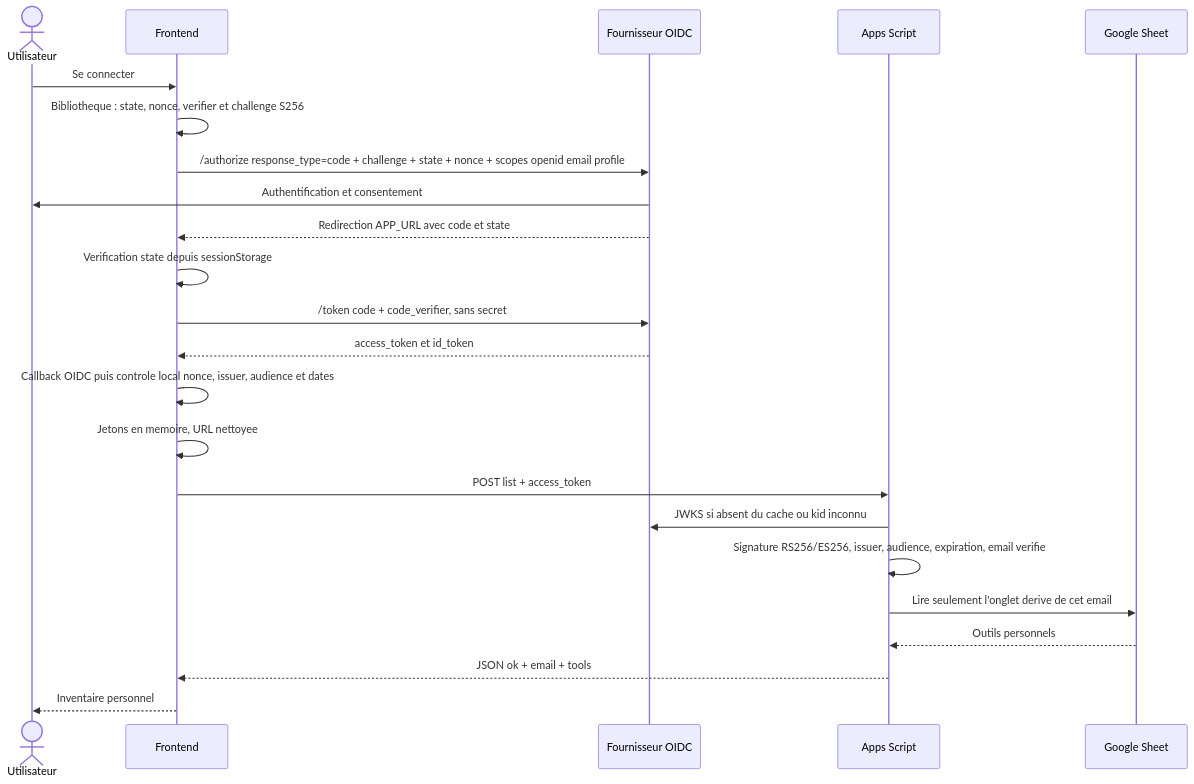
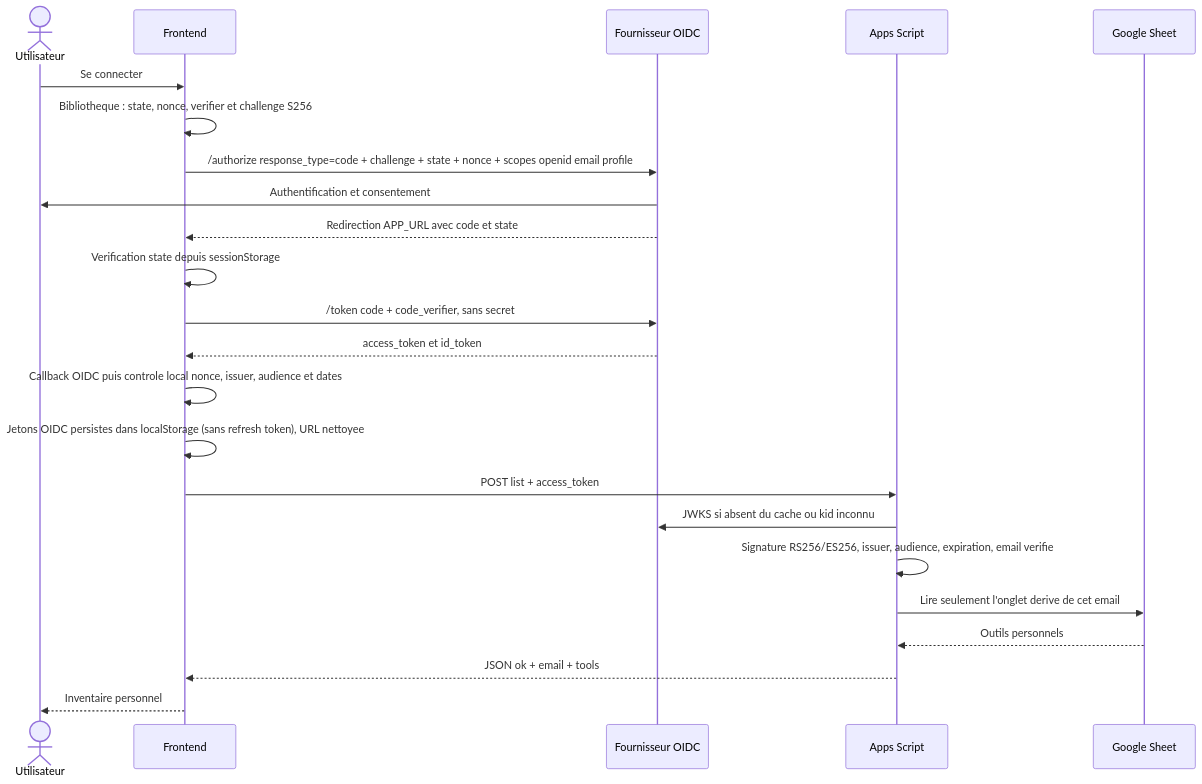
The second of 4 diagrams in docs/fonctionnel.md (quentin1500/toolbox_share), drawn with Mermaid before and after one commit. The commit also changed other lines of this file and 10 other files, not shown here.

````diff
--- a/docs/fonctionnel.md
+++ b/docs/fonctionnel.md
@@ -67,25 +77,25 @@
 ```mermaid
 sequenceDiagram
   actor U as Utilisateur
   participant F as Frontend
   participant I as Fournisseur OIDC
   participant A as Apps Script
   participant G as Google Sheet
   U->>F: Se connecter
   F->>F: Bibliotheque : state, nonce, verifier et challenge S256
   F->>I: /authorize response_type=code + challenge + state + nonce + scopes openid email profile
   I->>U: Authentification et consentement
   I-->>F: Redirection APP_URL avec code et state
   F->>F: Verification state depuis sessionStorage
   F->>I: /token code + code_verifier, sans secret
   I-->>F: access_token et id_token
   F->>F: Callback OIDC puis controle local nonce, issuer, audience et dates
-  F->>F: Jetons en memoire, URL nettoyee
+  F->>F: Jetons OIDC persistes dans localStorage (sans refresh token), URL nettoyee
   F->>A: POST list + access_token
   A->>I: JWKS si absent du cache ou kid inconnu
   A->>A: Signature RS256/ES256, issuer, audience, expiration, email verifie
   A->>G: Lire seulement l'onglet derive de cet email
   G-->>A: Outils personnels
   A-->>F: JSON ok + email + tools
   F-->>U: Inventaire personnel
 ```
````
